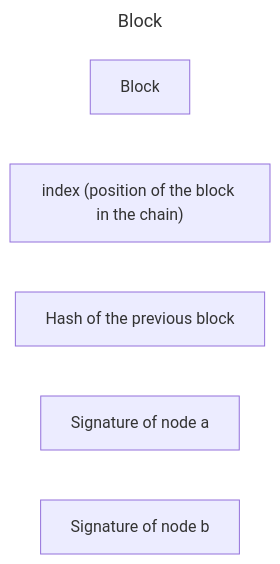
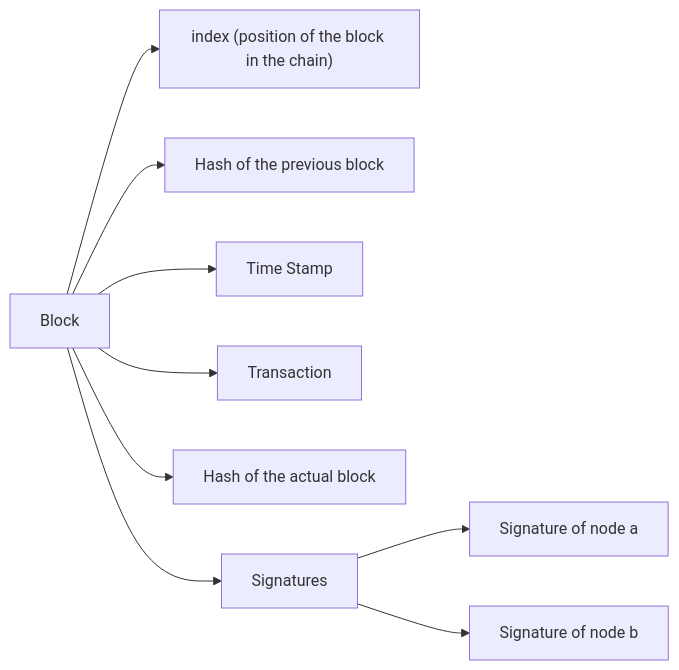
One commit to Swelshin/SwelCoin changed the diagram in README.md. Above: the diagram before and after it, drawn with Mermaid.

````diff
--- a/README.md
+++ b/README.md
@@ -11,12 +11,22 @@
 ```mermaid
----
-title: Block
----
 
 flowchart LR
     block["Block"]
     index["index (position of the block in the chain)"]
     prevhash["Hash of the previous block"]
     signaturea["Signature of node a"]
     signatureb["Signature of node b"]
+    timestamp["Time Stamp"]
+    transaction["Transaction"]
+    hash["Hash of the actual block"]
+    signatures["Signatures"]
+    block --> hash
+    block --> index
+    block --> prevhash
+    block --> signatures
+    signatures --> signaturea
+    signatures --> signatureb
+    block --> timestamp
+    block --> transaction
+
 ```
````
